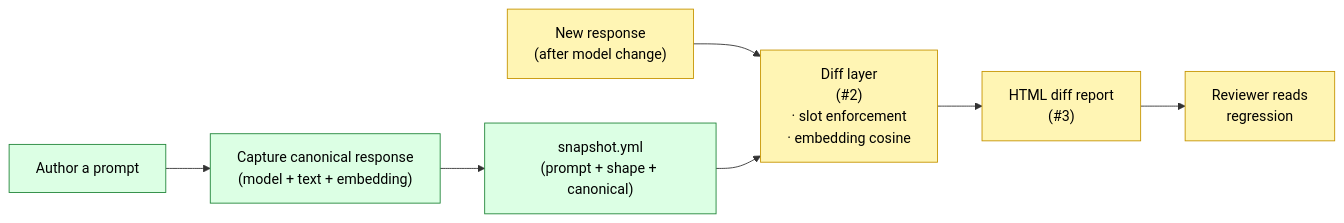
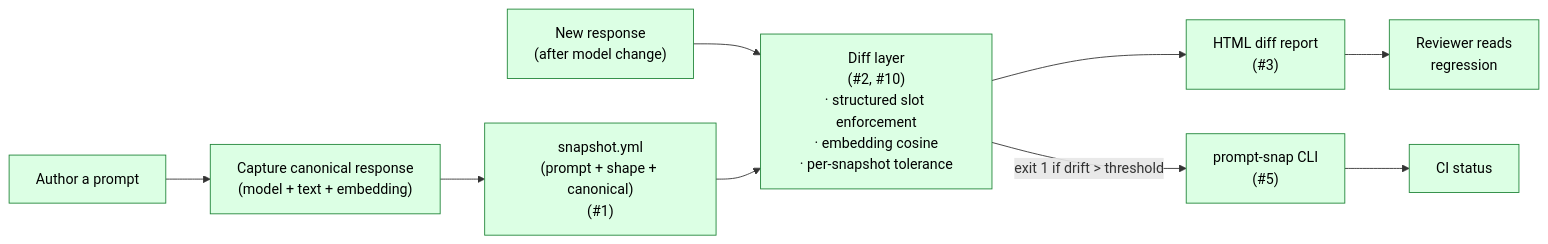
The diagram in docs/architecture.md (jt-mchorse/prompt-regression-suite), drawn with Mermaid before and after one commit. The commit also changed other lines of this file and 3 other files, not shown here.

First line of the commit message:
docs(architecture): doc reflects all 6 shipped surfaces, not the #1-only pre-shipping state (#24) (#25)

````diff
--- a/docs/architecture.md
+++ b/docs/architecture.md
@@ -3,13 +25,15 @@
 ```mermaid
 flowchart LR
     classDef shipped fill:#dcffe4,stroke:#22863a,color:#000
-    classDef pending fill:#fff5b4,stroke:#c69400,color:#000
 
     AuthorPrompt["Author a prompt"]:::shipped --> Capture["Capture canonical response<br/>(model + text + embedding)"]:::shipped
-    Capture --> SnapYAML["snapshot.yml<br/>(prompt + shape + canonical)"]:::shipped
+    Capture --> SnapYAML["snapshot.yml<br/>(prompt + shape + canonical)<br/>(#1)"]:::shipped
 
-    NewResp["New response<br/>(after model change)"]:::pending --> Diff["Diff layer<br/>(#2)<br/>· slot enforcement<br/>· embedding cosine"]:::pending
+    NewResp["New response<br/>(after model change)"]:::shipped --> Diff["Diff layer<br/>(#2, #10)<br/>· structured slot enforcement<br/>· embedding cosine<br/>· per-snapshot tolerance"]:::shipped
     SnapYAML --> Diff
-    Diff --> Report["HTML diff report<br/>(#3)"]:::pending
-    Report --> Reviewer["Reviewer reads<br/>regression"]:::pending
+    Diff --> Report["HTML diff report<br/>(#3)"]:::shipped
+    Report --> Reviewer["Reviewer reads<br/>regression"]:::shipped
+
+    Diff -- "exit 1 if drift > threshold" --> CLI["prompt-snap CLI<br/>(#5)"]:::shipped
+    CLI --> CI["CI status"]:::shipped
 ```
````
